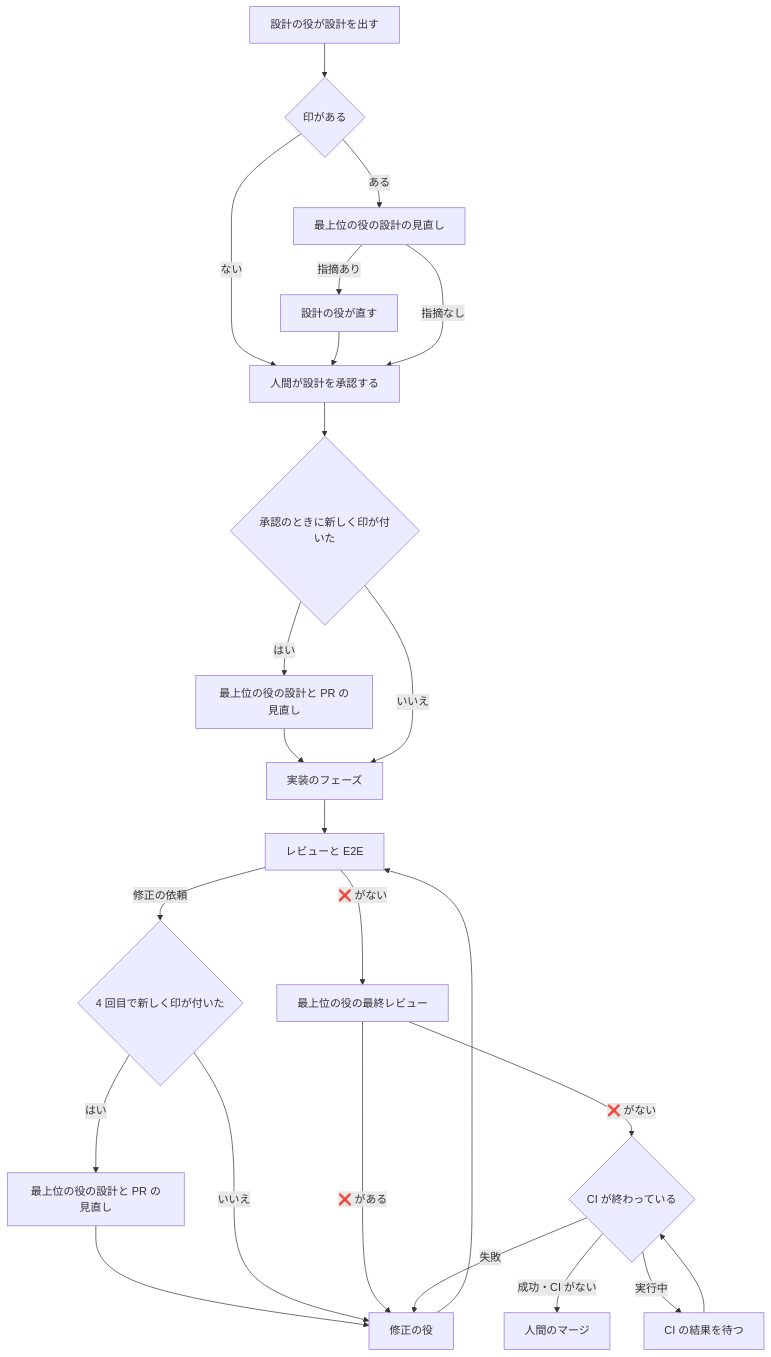
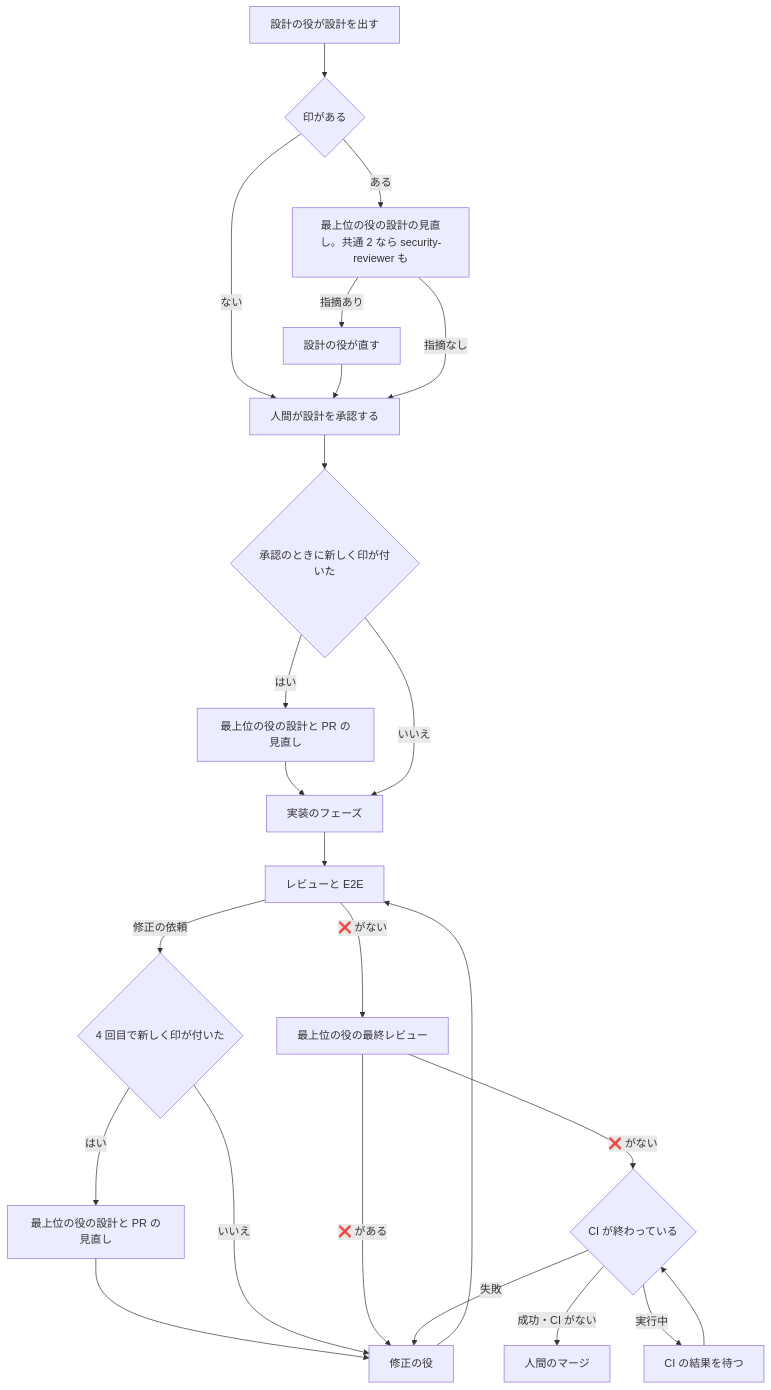
One commit to AnD00/multica-squad-kit changed the diagram in docs/principal-review.md. Above: the diagram before and after it, drawn with Mermaid. The commit also changed other lines of this file and 3 other files, not shown here.

````diff
--- a/docs/principal-review.md
+++ b/docs/principal-review.md
@@ -130,21 +132,21 @@
 ```mermaid title="最上位の役を呼ぶ流れ"
 flowchart TD
   A[設計の役が設計を出す] --> B{印がある}
   B -- ない --> H[人間が設計を承認する]
-  B -- ある --> C[最上位の役の設計の見直し]
+  B -- ある --> C[最上位の役の設計の見直し。共通 2 なら security-reviewer も]
   C -- 指摘あり --> D[設計の役が直す] --> H
   C -- 指摘なし --> H
   H --> I{承認のときに新しく印が付いた}
   I -- はい --> J[最上位の役の設計と PR の見直し] --> K
   I -- いいえ --> K[実装のフェーズ]
   K --> L[レビューと E2E]
   L -- 修正の依頼 --> M{4 回目で新しく印が付いた}
   M -- はい --> J2[最上位の役の設計と PR の見直し] --> F[修正の役]
   M -- いいえ --> F --> L
   L -- ❌ がない --> O[最上位の役の最終レビュー]
   O -- ❌ がある --> F
   O -- ❌ がない --> Q{CI が終わっている}
   Q -- 成功・CI がない --> P[人間のマージ]
   Q -- 実行中 --> R[CI の結果を待つ] --> Q
   Q -- 失敗 --> F
 ```
````
